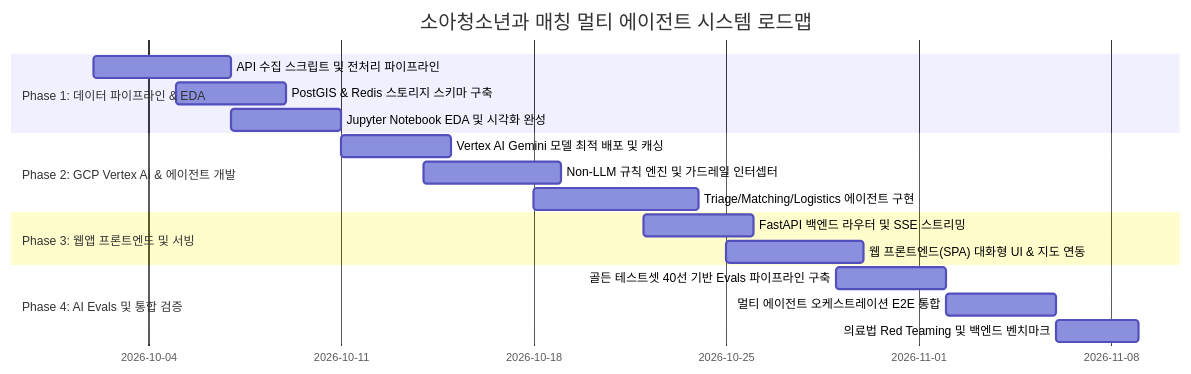
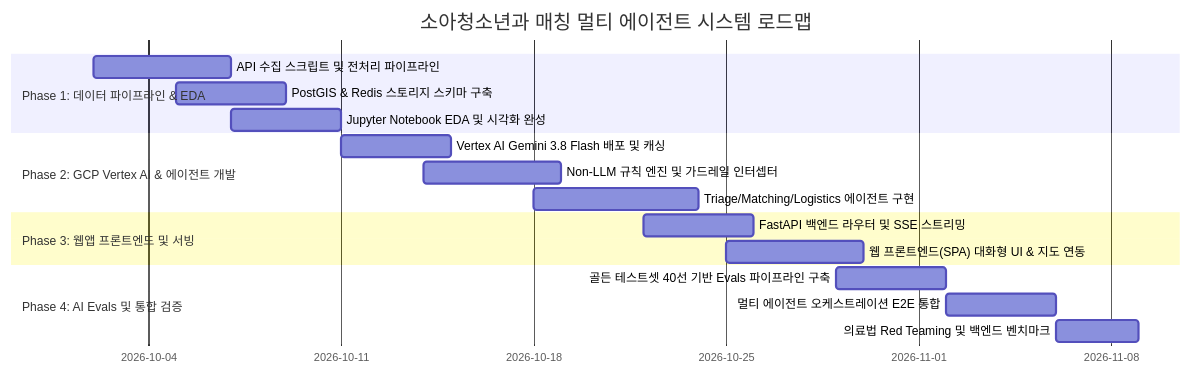
Before and after one commit to yeongsik0914/isoom: diagram 11 of 11 in docs/PROJECT_PLAN.md, drawn with Mermaid. The commit also changed other lines of this file and 5 other files, not shown here.

````diff
--- a/docs/PROJECT_PLAN.md
+++ b/docs/PROJECT_PLAN.md
@@ -1451,23 +1475,23 @@
 ```mermaid
 gantt
     title 소아청소년과 매칭 멀티 에이전트 시스템 로드맵
     dateFormat  YYYY-MM-DD
     section Phase 1: 데이터 파이프라인 & EDA
     API 수집 스크립트 및 전처리 파이프라인    :2026-10-02, 5d
     PostGIS & Redis 스토리지 스키마 구축     :2026-10-05, 4d
     Jupyter Notebook EDA 및 시각화 완성       :2026-10-07, 4d
     
     section Phase 2: GCP Vertex AI & 에이전트 개발
-    Vertex AI Gemini 모델 최적 배포 및 캐싱   :2026-10-11, 4d
+    Vertex AI Gemini 3.8 Flash 배포 및 캐싱   :2026-10-11, 4d
     Non-LLM 규칙 엔진 및 가드레일 인터셉터   :2026-10-14, 5d
     Triage/Matching/Logistics 에이전트 구현   :2026-10-18, 6d
     
     section Phase 3: 웹앱 프론트엔드 및 서빙
     FastAPI 백엔드 라우터 및 SSE 스트리밍    :2026-10-22, 4d
     웹 프론트엔드(SPA) 대화형 UI & 지도 연동  :2026-10-25, 5d
     
     section Phase 4: AI Evals 및 통합 검증
     골든 테스트셋 40선 기반 Evals 파이프라인 구축 :2026-10-29, 4d
     멀티 에이전트 오케스트레이션 E2E 통합     :2026-11-02, 4d
     의료법 Red Teaming 및 백엔드 벤치마크     :2026-11-06, 3d
 ```
````
